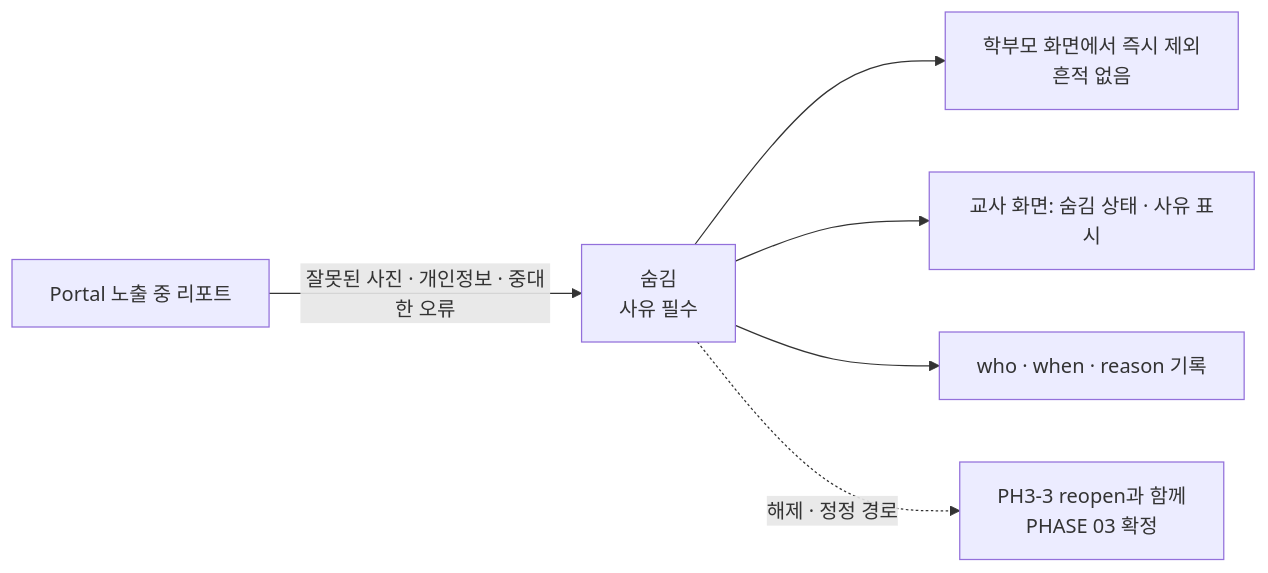
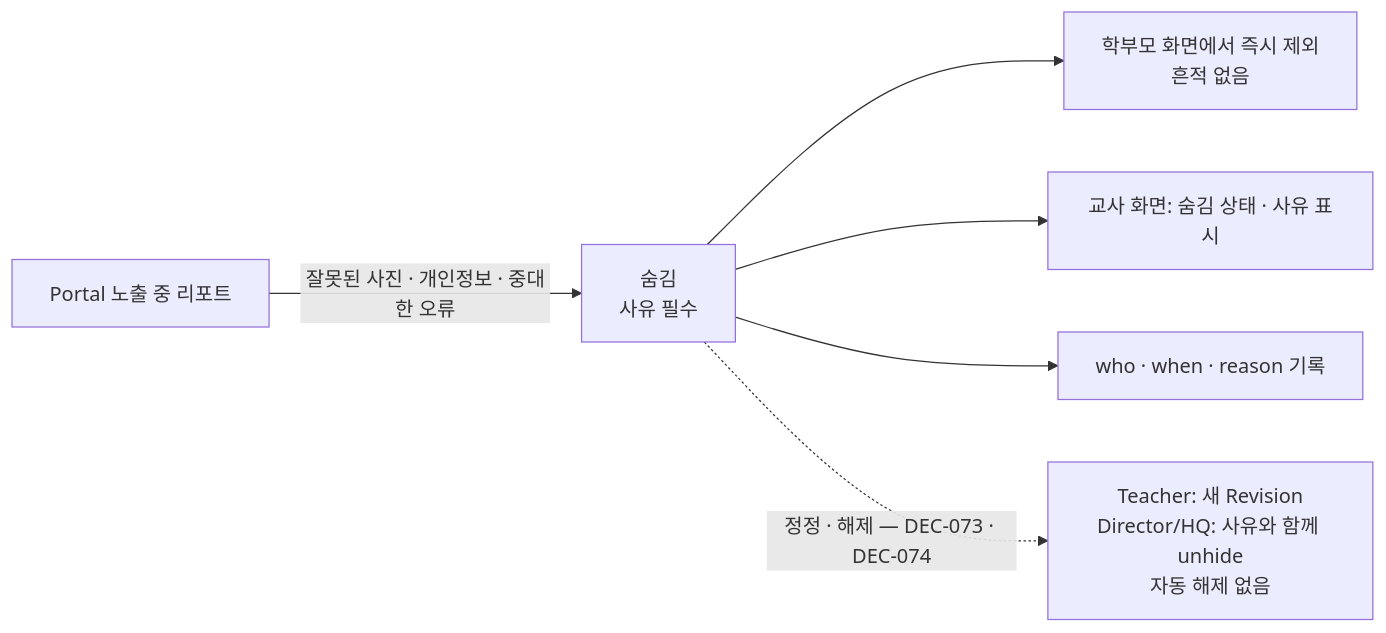
Before and after one commit to SOYESKIDS/teachable-art-play3: the second of 3 diagrams in docs/02-ia/report-portal-flow.md, drawn with Mermaid. The commit also changed other lines of this file and 18 other files, not shown here.

Commit message:
docs: define SaaS 2.0 AI growth and report architecture

````diff
--- a/docs/02-ia/report-portal-flow.md
+++ b/docs/02-ia/report-portal-flow.md
@@ -88,8 +90,8 @@
 ```mermaid
 flowchart LR
   V[Portal 노출 중 리포트] -->|잘못된 사진 · 개인정보 · 중대한 오류| H[숨김<br/>사유 필수]
   H --> P[학부모 화면에서 즉시 제외<br/>흔적 없음]
   H --> T[교사 화면: 숨김 상태 · 사유 표시]
   H --> L[who · when · reason 기록]
-  H -.->|해제 · 정정 경로| X[PH3-3 reopen과 함께<br/>PHASE 03 확정]
+  H -.->|정정 · 해제 — DEC-073 · DEC-074| X[Teacher: 새 Revision<br/>Director/HQ: 사유와 함께 unhide<br/>자동 해제 없음]
 ```
````
